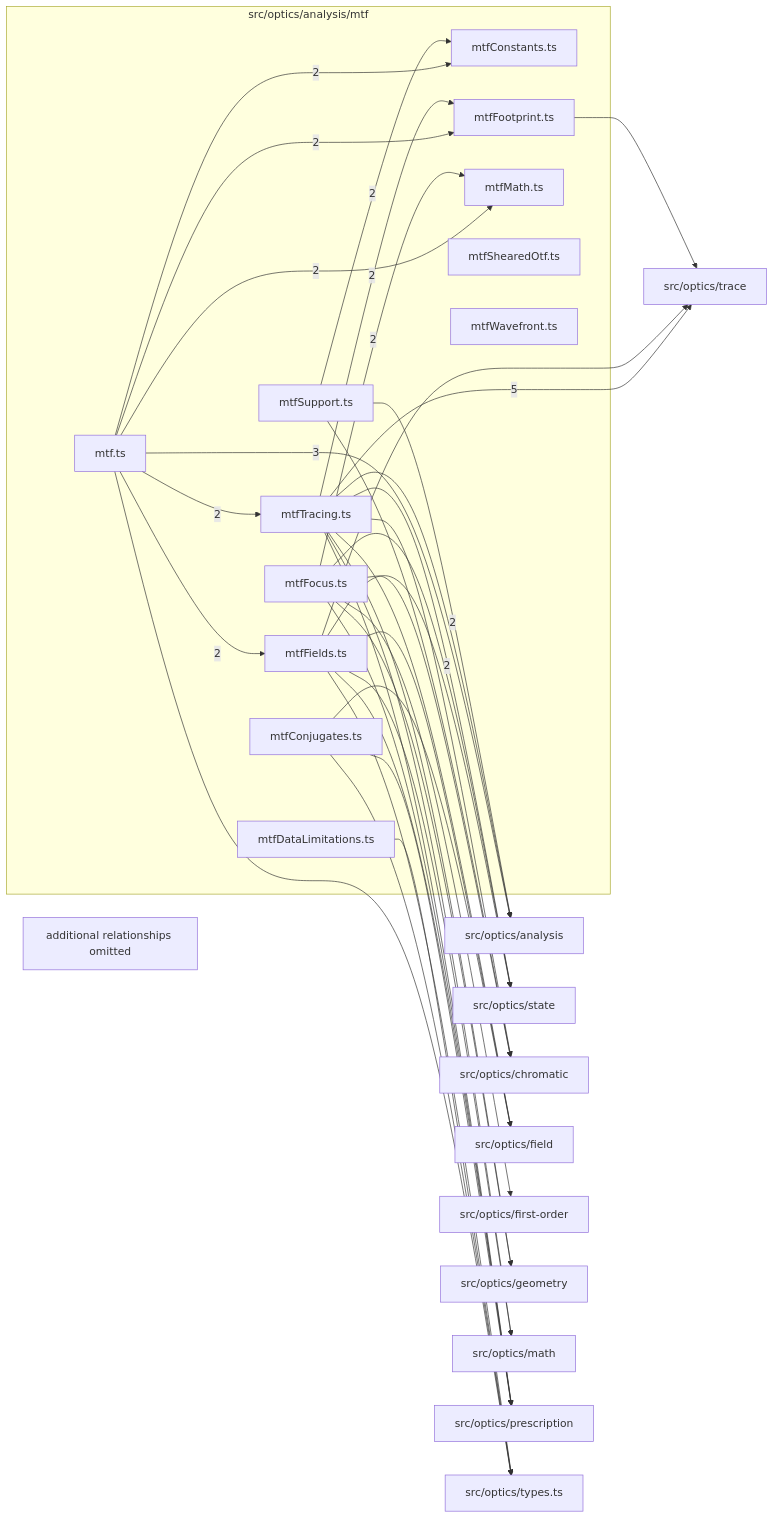
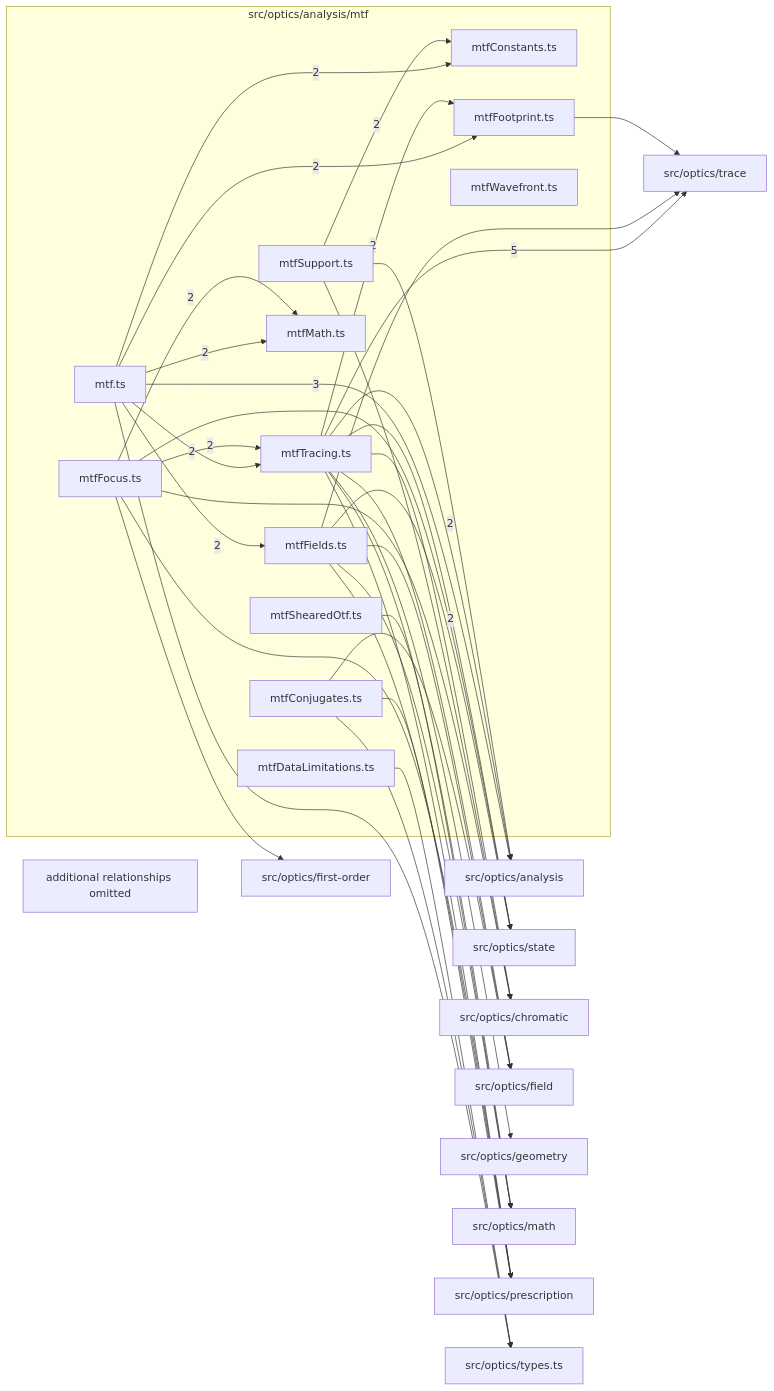
Before and after one commit to ronbuening/LensVisualizer: the diagram in src/optics/analysis/mtf/readme.md, drawn with Mermaid. The commit also changed other lines of this file and 10 other files, not shown here.

````diff
--- a/src/optics/analysis/mtf/readme.md
+++ b/src/optics/analysis/mtf/readme.md
@@ -9,64 +9,64 @@
 ```mermaid
 flowchart LR
   subgraph n_src_optics_analysis_mtf["src/optics/analysis/mtf"]
     n_src_optics_analysis_mtf_src_optics_analysis_mtf_mtf_ts["mtf.ts"]
     n_src_optics_analysis_mtf_src_optics_analysis_mtf_mtfConjugates_ts["mtfConjugates.ts"]
     n_src_optics_analysis_mtf_src_optics_analysis_mtf_mtfConstants_ts["mtfConstants.ts"]
     n_src_optics_analysis_mtf_src_optics_analysis_mtf_mtfDataLimitations_ts["mtfDataLimitations.ts"]
     n_src_optics_analysis_mtf_src_optics_analysis_mtf_mtfFields_ts["mtfFields.ts"]
     n_src_optics_analysis_mtf_src_optics_analysis_mtf_mtfFocus_ts["mtfFocus.ts"]
     n_src_optics_analysis_mtf_src_optics_analysis_mtf_mtfFootprint_ts["mtfFootprint.ts"]
     n_src_optics_analysis_mtf_src_optics_analysis_mtf_mtfMath_ts["mtfMath.ts"]
     n_src_optics_analysis_mtf_src_optics_analysis_mtf_mtfShearedOtf_ts["mtfShearedOtf.ts"]
     n_src_optics_analysis_mtf_src_optics_analysis_mtf_mtfSupport_ts["mtfSupport.ts"]
     n_src_optics_analysis_mtf_src_optics_analysis_mtf_mtfTracing_ts["mtfTracing.ts"]
     n_src_optics_analysis_mtf_src_optics_analysis_mtf_mtfWavefront_ts["mtfWavefront.ts"]
   end
   n_external_src_optics_trace["src/optics/trace"]
   n_external_src_optics_analysis["src/optics/analysis"]
   n_external_src_optics_state["src/optics/state"]
   n_external_src_optics_chromatic["src/optics/chromatic"]
   n_external_src_optics_field["src/optics/field"]
   n_external_src_optics_first_order["src/optics/first-order"]
   n_external_src_optics_geometry["src/optics/geometry"]
   n_external_src_optics_math["src/optics/math"]
   n_external_src_optics_prescription["src/optics/prescription"]
   n_external_src_optics_types_ts["src/optics/types.ts"]
   n_src_optics_analysis_mtf_src_optics_analysis_mtf_mtfTracing_ts --> |5| n_external_src_optics_trace
   n_src_optics_analysis_mtf_src_optics_analysis_mtf_mtf_ts --> |3| n_external_src_optics_analysis
   n_src_optics_analysis_mtf_src_optics_analysis_mtf_mtfTracing_ts --> |2| n_external_src_optics_analysis
   n_src_optics_analysis_mtf_src_optics_analysis_mtf_mtfFields_ts --> |2| n_external_src_optics_state
   n_src_optics_analysis_mtf_src_optics_analysis_mtf_mtf_ts --> |2| n_src_optics_analysis_mtf_src_optics_analysis_mtf_mtfConstants_ts
   n_src_optics_analysis_mtf_src_optics_analysis_mtf_mtfSupport_ts --> |2| n_src_optics_analysis_mtf_src_optics_analysis_mtf_mtfConstants_ts
   n_src_optics_analysis_mtf_src_optics_analysis_mtf_mtf_ts --> |2| n_src_optics_analysis_mtf_src_optics_analysis_mtf_mtfFields_ts
   n_src_optics_analysis_mtf_src_optics_analysis_mtf_mtf_ts --> |2| n_src_optics_analysis_mtf_src_optics_analysis_mtf_mtfFootprint_ts
   n_src_optics_analysis_mtf_src_optics_analysis_mtf_mtfTracing_ts --> |2| n_src_optics_analysis_mtf_src_optics_analysis_mtf_mtfFootprint_ts
   n_src_optics_analysis_mtf_src_optics_analysis_mtf_mtf_ts --> |2| n_src_optics_analysis_mtf_src_optics_analysis_mtf_mtfMath_ts
   n_src_optics_analysis_mtf_src_optics_analysis_mtf_mtfFocus_ts --> |2| n_src_optics_analysis_mtf_src_optics_analysis_mtf_mtfMath_ts
   n_src_optics_analysis_mtf_src_optics_analysis_mtf_mtf_ts --> |2| n_src_optics_analysis_mtf_src_optics_analysis_mtf_mtfTracing_ts
+  n_src_optics_analysis_mtf_src_optics_analysis_mtf_mtfFocus_ts --> |2| n_src_optics_analysis_mtf_src_optics_analysis_mtf_mtfTracing_ts
   n_src_optics_analysis_mtf_src_optics_analysis_mtf_mtfSupport_ts --> n_external_src_optics_analysis
   n_src_optics_analysis_mtf_src_optics_analysis_mtf_mtfFocus_ts --> n_external_src_optics_chromatic
   n_src_optics_analysis_mtf_src_optics_analysis_mtf_mtfSupport_ts --> n_external_src_optics_chromatic
   n_src_optics_analysis_mtf_src_optics_analysis_mtf_mtfTracing_ts --> n_external_src_optics_chromatic
   n_src_optics_analysis_mtf_src_optics_analysis_mtf_mtfConjugates_ts --> n_external_src_optics_field
   n_src_optics_analysis_mtf_src_optics_analysis_mtf_mtfFields_ts --> n_external_src_optics_field
   n_src_optics_analysis_mtf_src_optics_analysis_mtf_mtfTracing_ts --> n_external_src_optics_field
   n_src_optics_analysis_mtf_src_optics_analysis_mtf_mtfFocus_ts --> n_external_src_optics_first_order
-  n_src_optics_analysis_mtf_src_optics_analysis_mtf_mtfFocus_ts --> n_external_src_optics_geometry
   n_src_optics_analysis_mtf_src_optics_analysis_mtf_mtfTracing_ts --> n_external_src_optics_geometry
   n_src_optics_analysis_mtf_src_optics_analysis_mtf_mtfFields_ts --> n_external_src_optics_math
+  n_src_optics_analysis_mtf_src_optics_analysis_mtf_mtfShearedOtf_ts --> n_external_src_optics_math
   n_src_optics_analysis_mtf_src_optics_analysis_mtf_mtfTracing_ts --> n_external_src_optics_math
   n_src_optics_analysis_mtf_src_optics_analysis_mtf_mtfConjugates_ts --> n_external_src_optics_prescription
   n_src_optics_analysis_mtf_src_optics_analysis_mtf_mtfFields_ts --> n_external_src_optics_prescription
   n_src_optics_analysis_mtf_src_optics_analysis_mtf_mtfFocus_ts --> n_external_src_optics_prescription
   n_src_optics_analysis_mtf_src_optics_analysis_mtf_mtfTracing_ts --> n_external_src_optics_prescription
   n_src_optics_analysis_mtf_src_optics_analysis_mtf_mtfFocus_ts --> n_external_src_optics_state
   n_src_optics_analysis_mtf_src_optics_analysis_mtf_mtfTracing_ts --> n_external_src_optics_state
   n_src_optics_analysis_mtf_src_optics_analysis_mtf_mtfFields_ts --> n_external_src_optics_trace
   n_src_optics_analysis_mtf_src_optics_analysis_mtf_mtfFootprint_ts --> n_external_src_optics_trace
   n_src_optics_analysis_mtf_src_optics_analysis_mtf_mtf_ts --> n_external_src_optics_types_ts
   n_src_optics_analysis_mtf_src_optics_analysis_mtf_mtfConjugates_ts --> n_external_src_optics_types_ts
   n_src_optics_analysis_mtf_src_optics_analysis_mtf_mtfDataLimitations_ts --> n_external_src_optics_types_ts
-  n_src_optics_analysis_mtf_src_optics_analysis_mtf_mtfFields_ts --> n_external_src_optics_types_ts
   n_src_optics_analysis_mtf_truncated["additional relationships omitted"]
 ```
````
